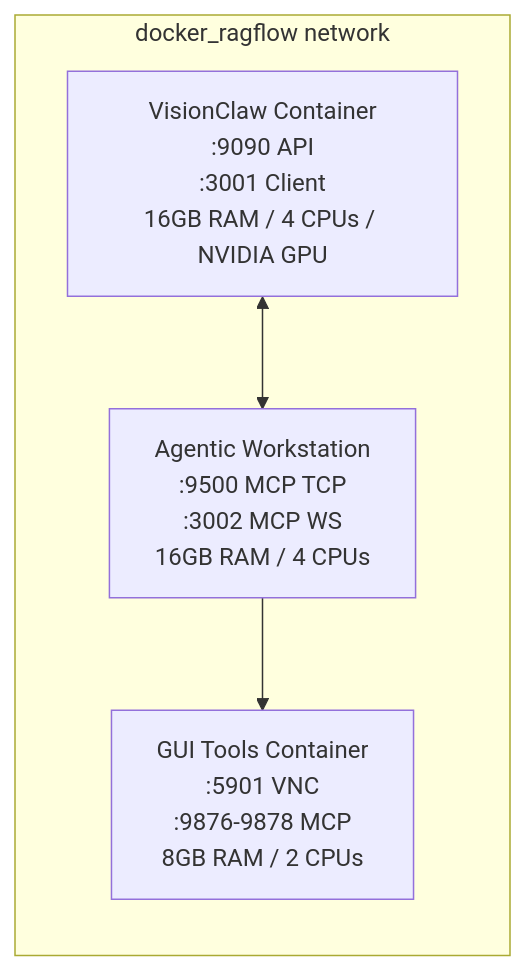
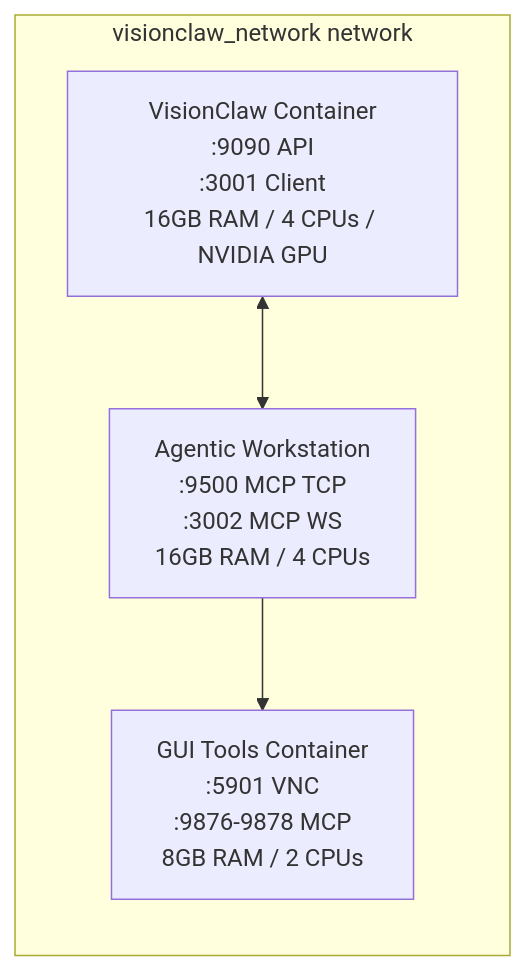
The second of 3 diagrams in docs/how-to/agent-orchestration.md (shaneholloman/logseq-spring-thing), drawn with Mermaid before and after one commit. The commit also changed other lines of this file and 38 other files, not shown here.

First line of the commit message:
chore(network): docker_ragflow → visionclaw_network across stack + agentbox submodule

````diff
--- a/docs/how-to/agent-orchestration.md
+++ b/docs/how-to/agent-orchestration.md
@@ -105,10 +105,10 @@
 ```mermaid
 graph LR
-    subgraph "docker_ragflow network"
+    subgraph "visionclaw_network network"
         VF["VisionClaw Container\n:9090 API\n:3001 Client\n16GB RAM / 4 CPUs / NVIDIA GPU"]
         AW["Agentic Workstation\n:9500 MCP TCP\n:3002 MCP WS\n16GB RAM / 4 CPUs"]
         GUI["GUI Tools Container\n:5901 VNC\n:9876-9878 MCP\n8GB RAM / 2 CPUs"]
     end
     VF <--> AW
     AW --> GUI
 ```
````
